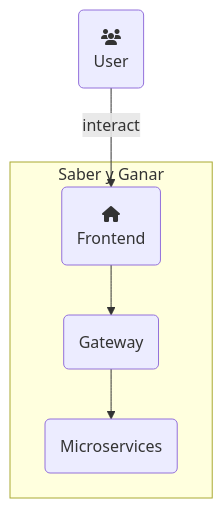
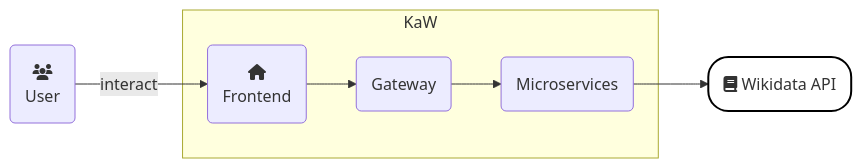
Before and after one commit to Arquisoft/wiq_en3b: the second of 3 diagrams in docs/src/05_building_block_view.adoc, drawn with Mermaid. The commit also changed other lines of this file, not shown here.

```diff
--- a/docs/src/05_building_block_view.adoc
+++ b/docs/src/05_building_block_view.adoc
@@ -45,19 +46,23 @@
 [mermaid]
 ....
-flowchart TD
+flowchart LR
     u("fa:fa-users"
     User) --"interact"--> Frontend
 
-    subgraph app [Saber y Ganar]
+    subgraph app [KaW]
         Frontend("fa:fa-home"
         Frontend)
         Gateway(
         Gateway)
         Microservices(
         Microservices)
        
     end
+
+    Wikidata("fa:fa-book" Wikidata API)
     
     Frontend --> Gateway
     Gateway --> Microservices
+    Microservices --> Wikidata
+    style Wikidata fill:#fff,stroke:#000,stroke-width:2px,rx:20px,ry:20px
 ....
```
